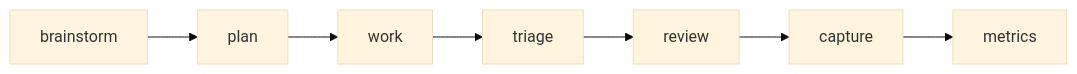
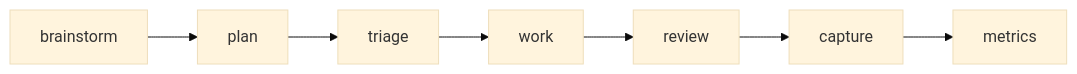
Before and after one commit to cjerochim/compound-workflow: the diagram in README.md, drawn with Mermaid (base theme). The commit also changed other lines of this file and 4 other files, not shown here.

````diff
--- a/README.md
+++ b/README.md
@@ -53,4 +53,4 @@
 ```mermaid
 flowchart LR
-  A["brainstorm"] --> B["plan"] --> C["work"] --> D["triage"] --> E["review"] --> F["capture"] --> G["metrics"]
+  A["brainstorm"] --> B["plan"] --> C["triage"] --> D["work"] --> E["review"] --> F["capture"] --> G["metrics"]
 ```
````
